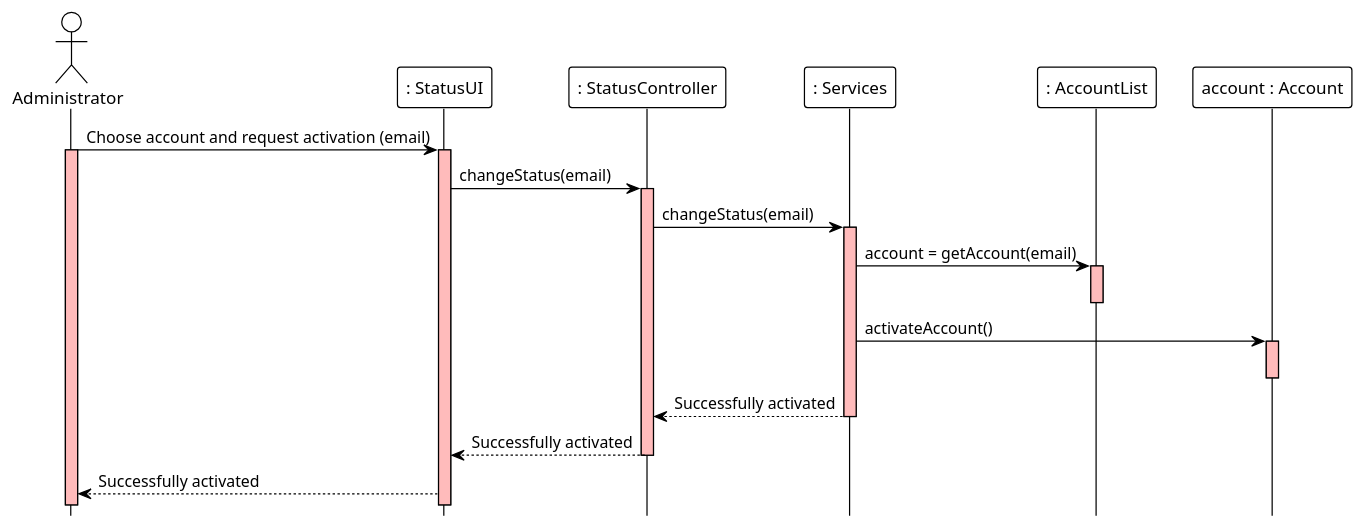
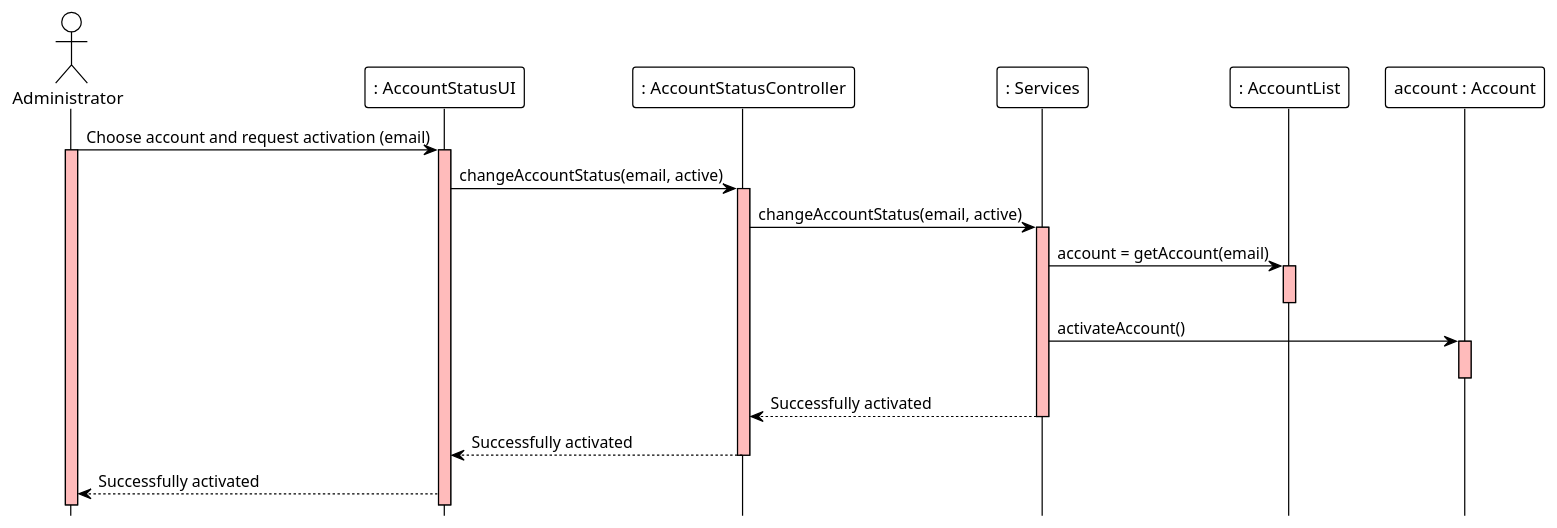
Before and after one commit to ivo-menezes/project_g3: the diagram in docs/modelling_design/user_stories/us006/US006_ActivateUserAccountSD.puml, drawn with PlantUML. The commit also changed 1 other file, not shown here.

```diff
--- a/docs/modelling_design/user_stories/us006/US006_ActivateUserAccountSD.puml
+++ b/docs/modelling_design/user_stories/us006/US006_ActivateUserAccountSD.puml
@@ -1,30 +1,30 @@
 @startuml
 !theme plain
 hide footbox
 actor Administrator  as Administrator #white
-participant ": StatusUI" as UI #white
-participant ": StatusController" as Controller #white
+participant ": AccountStatusUI" as UI #white
+participant ": AccountStatusController" as Controller #white
 participant ": Services" as Services #white
 participant ": AccountList" as AccountList #white
 participant "account : Account" as Account #white
 
 'Administrator ->  Controller : 1.Choose account and request activation
 Administrator ->  UI : Choose account and request activation (email)
 activate UI #FFBBBB
 activate Administrator #FFBBBB
-UI -> Controller: changeStatus(email)
+UI -> Controller: changeAccountStatus(email, active)
 activate Controller #FFBBBB
-Controller -> Services : changeStatus(email)
+Controller -> Services : changeAccountStatus(email, active)
 activate Services #FFBBBB
 Services -> AccountList: account = getAccount(email)
 activate AccountList #FFBBBB
 deactivate AccountList
 Services -> Account: activateAccount()
 activate Account #FFBBBB
 deactivate Account
 Services --> Controller : Successfully activated
 deactivate Services
 Controller --> UI : Successfully activated
 deactivate Controller
 UI --> Administrator: Successfully activated
 @enduml
```
